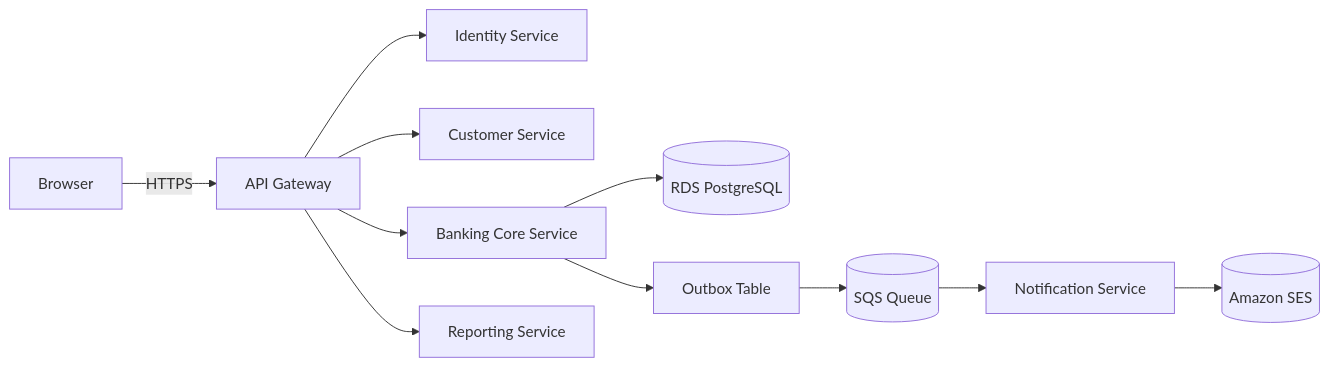
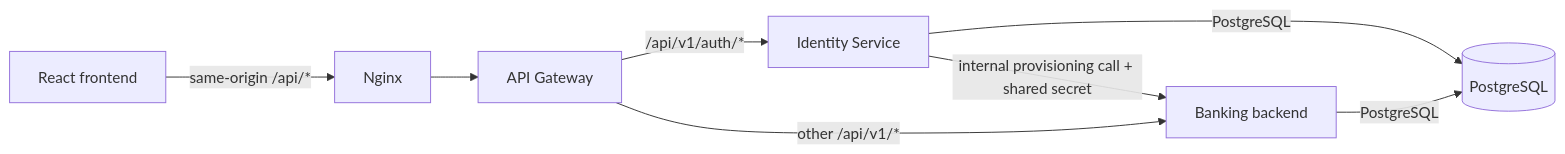
The first of 2 diagrams in docs/architecture.md (santhosh-1974/event-source-ledger), drawn with Mermaid before and after one commit. The commit also changed other lines of this file and 14 other files, not shown here.

````diff
--- a/docs/architecture.md
+++ b/docs/architecture.md
@@ -388,13 +23,10 @@
 ```mermaid
 flowchart LR
-    UI[Browser] -->|HTTPS| GW[API Gateway]
-    GW --> ID[Identity Service]
-    GW --> CS[Customer Service]
-    GW --> BC[Banking Core Service]
-    GW --> RS[Reporting Service]
-    BC --> DB[(RDS PostgreSQL)]
-    BC --> Outbox[Outbox Table]
-    Outbox --> SQS[(SQS Queue)]
-    SQS --> NS[Notification Service]
-    NS --> SES[(Amazon SES)]
+    Browser[React frontend] -->|same-origin /api/*| Nginx
+    Nginx --> Gateway[API Gateway]
+    Gateway -->|/api/v1/auth/*| Identity[Identity Service]
+    Gateway -->|other /api/v1/*| Banking[Banking backend]
+    Identity -->|PostgreSQL| DB[(PostgreSQL)]
+    Banking -->|PostgreSQL| DB
+    Identity -->|internal provisioning call + shared secret| Banking
 ```
````
